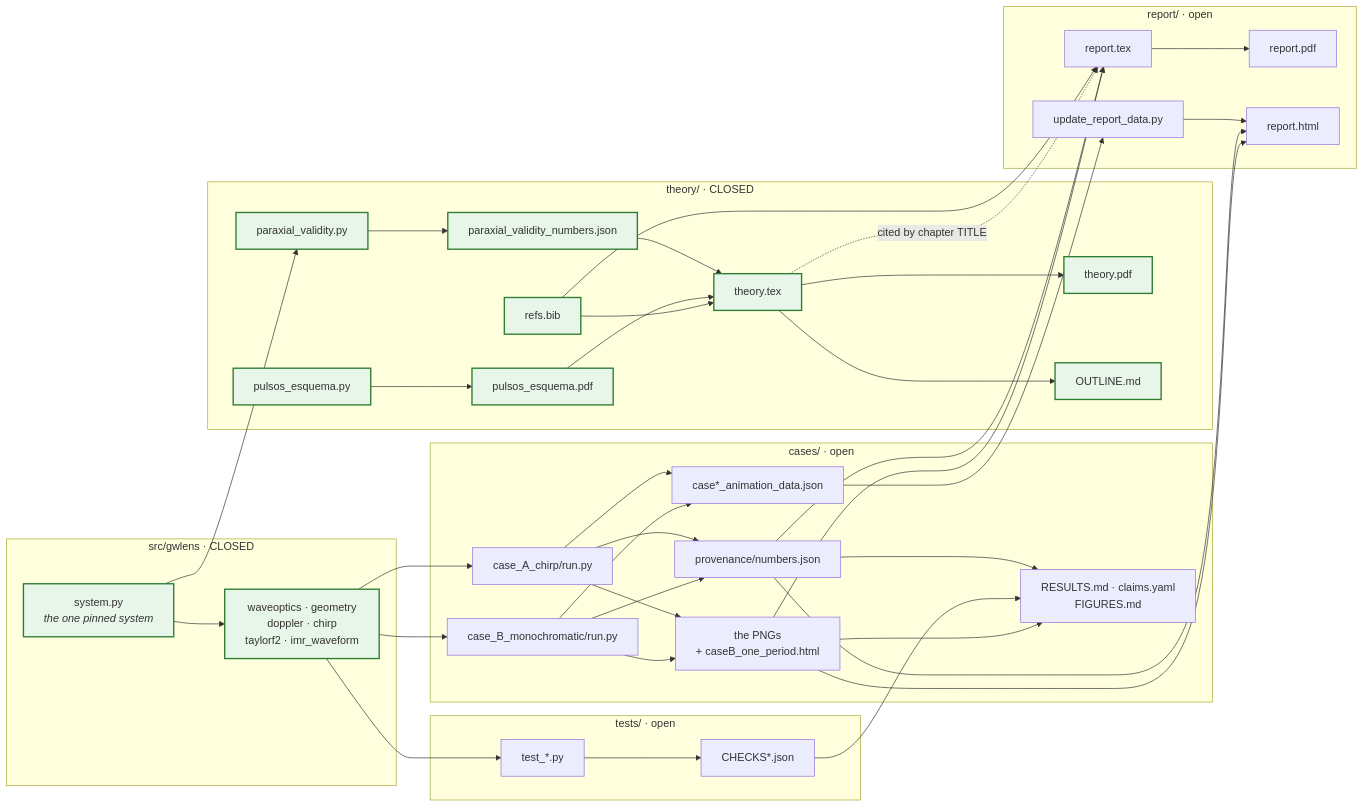
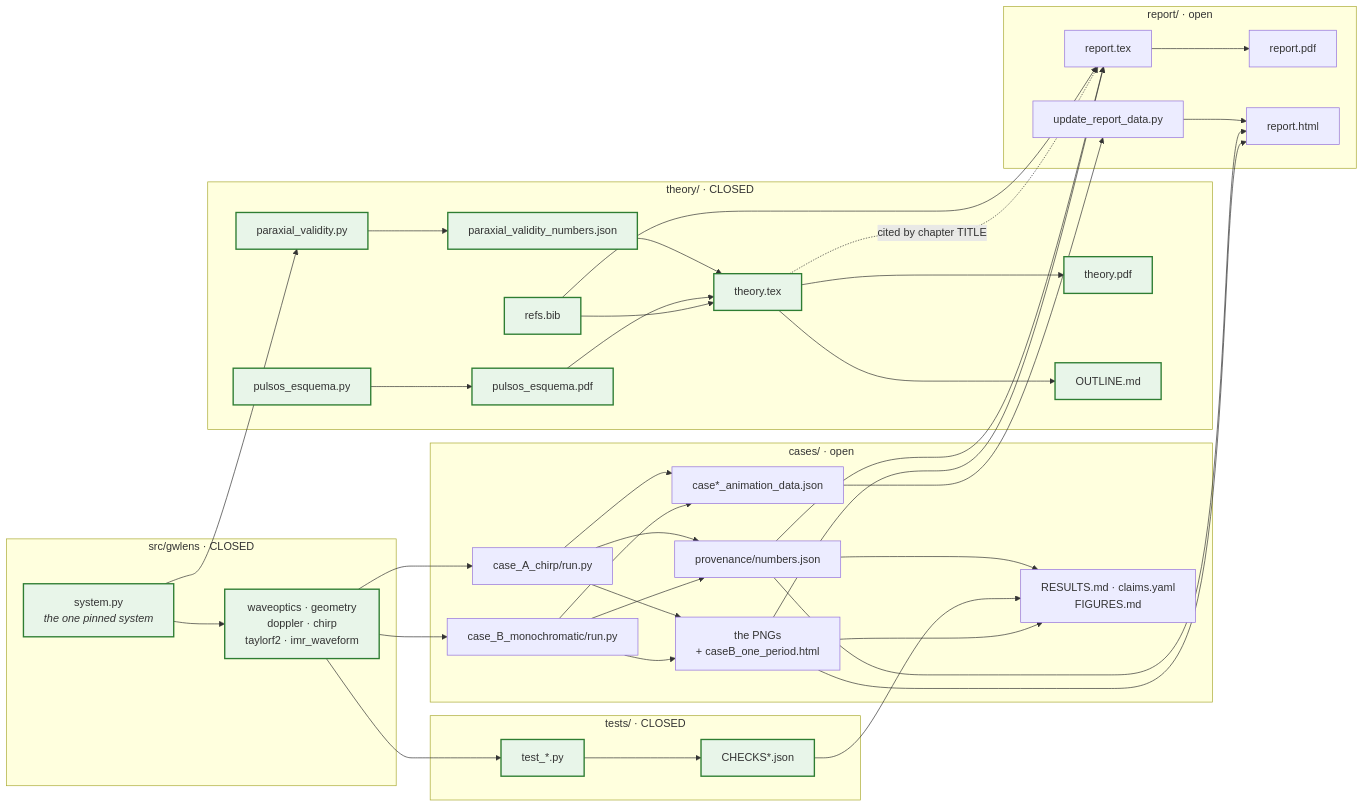
The diagram in wiki/dependencies.md (fausto-bottazzini/Gravitational-Lensing-of-GWs), drawn with Mermaid before and after one commit. The commit also changed other lines of this file and 1 other file, not shown here.

Commit message:
Close tests/
Same pass as src/: the checks live here, run against src/, and every
CHECKS*.json came back byte-identical. Recorded what made it closeable --
three checks that could not fail were found by mutation, three were added, and
six mutations that used to pass the suite in silence now fail it.

Claude-Session: https://claude.ai/code/session_01UhABxSWgkUZ98aUKGhMJzs

````diff
--- a/wiki/dependencies.md
+++ b/wiki/dependencies.md
@@ -33,64 +33,64 @@
 ```mermaid
 flowchart LR
   subgraph SRC["src/gwlens · CLOSED"]
     SYS["system.py<br/><i>the one pinned system</i>"]
     LIB["waveoptics · geometry<br/>doppler · chirp<br/>taylorf2 · imr_waveform"]
   end
 
-  subgraph TST["tests/ · open"]
+  subgraph TST["tests/ · CLOSED"]
     TESTS["test_*.py"]
     CHK["CHECKS*.json"]
   end
 
   subgraph CAS["cases/ · open"]
     RUNA["case_A_chirp/run.py"]
     RUNB["case_B_monochromatic/run.py"]
     NUM["provenance/numbers.json"]
     FIGS["the PNGs<br/>+ caseB_one_period.html"]
     ANIM["case*_animation_data.json"]
     PROV["RESULTS.md · claims.yaml<br/>FIGURES.md"]
   end
 
   subgraph THE["theory/ · CLOSED"]
     PVPY["paraxial_validity.py"]
     PVJS["paraxial_validity_numbers.json"]
     PUPY["pulsos_esquema.py"]
     PUPDF["pulsos_esquema.pdf"]
     BIB["refs.bib"]
     TEX["theory.tex"]
     TPDF["theory.pdf"]
     OUT["OUTLINE.md"]
   end
 
   subgraph REP["report/ · open"]
     UPD["update_report_data.py"]
     RTEX["report.tex"]
     RPDF["report.pdf"]
     RHTML["report.html"]
   end
 
   SYS --> LIB
   LIB --> TESTS --> CHK
   LIB --> RUNA & RUNB
   RUNA & RUNB --> NUM & FIGS & ANIM
   NUM --> PROV
   CHK --> PROV
   FIGS --> PROV
 
   SYS --> PVPY --> PVJS --> TEX
   PUPY --> PUPDF --> TEX
   BIB --> TEX --> TPDF
   TEX --> OUT
 
   NUM --> RTEX
   FIGS --> RTEX
   BIB --> RTEX --> RPDF
   TEX -. cited by chapter TITLE .-> RTEX
 
   ANIM --> UPD --> RHTML
   NUM --> RHTML
   FIGS --> RHTML
 
   classDef closed fill:#e8f5e9,stroke:#2e7d32,stroke-width:2px;
-  class PVPY,PVJS,PUPY,PUPDF,BIB,TEX,TPDF,OUT,SYS,LIB closed;
+  class PVPY,PVJS,PUPY,PUPDF,BIB,TEX,TPDF,OUT,SYS,LIB,TESTS,CHK closed;
 ```
````
